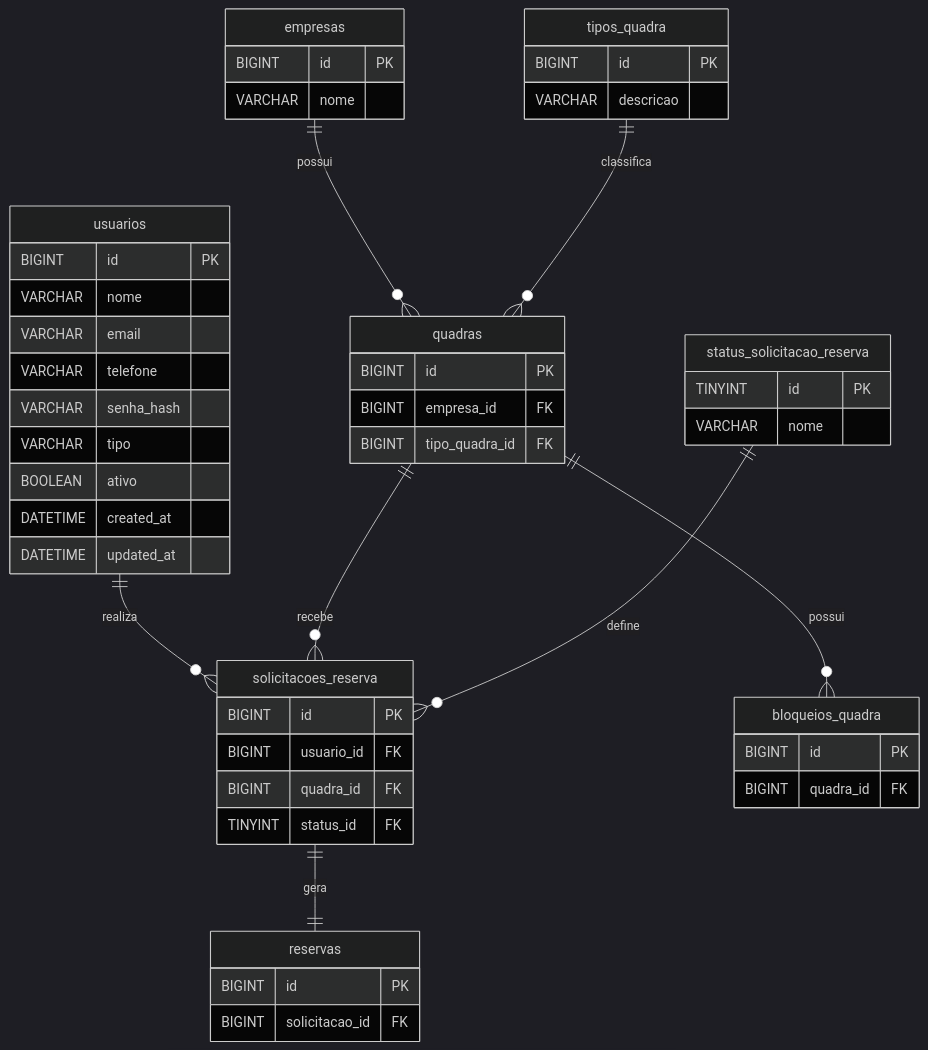
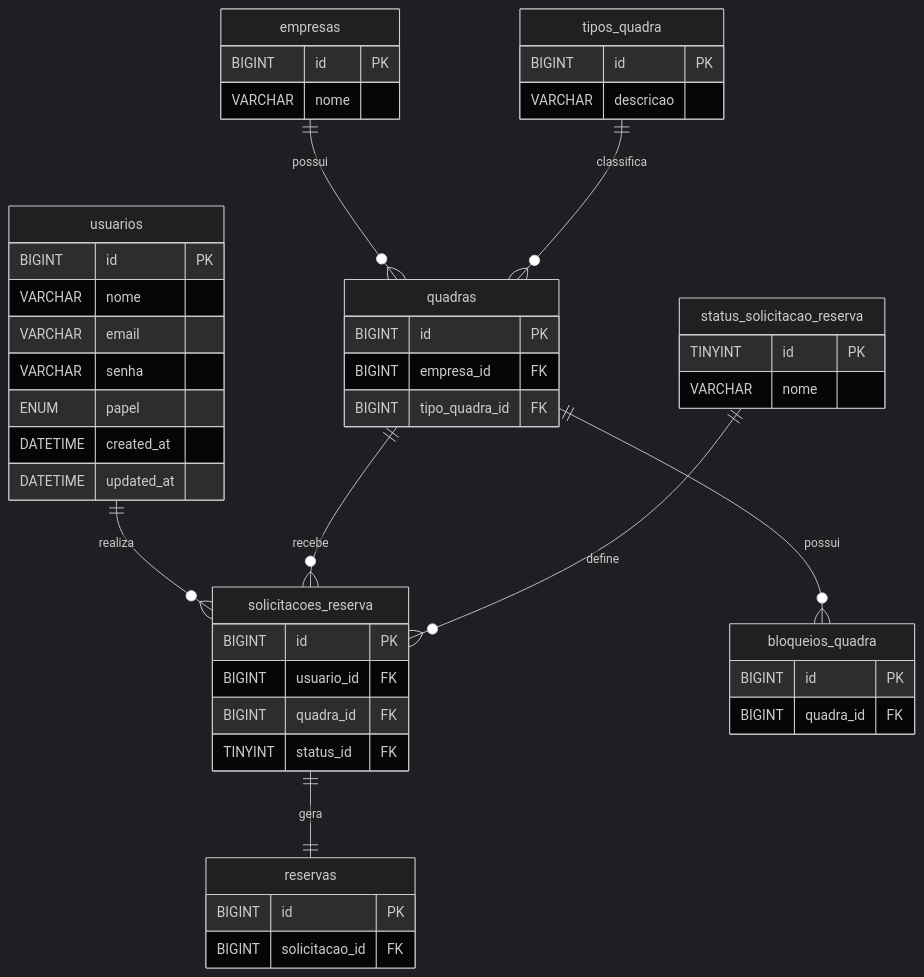
Before and after one commit to cristiano-lauffer/bah_quadras_db: the diagram in README.md, drawn with Mermaid (dark theme). The commit also changed 1 other file, not shown here.

Commit message:
Ajuste em tipagem de dado da tabela de usuários e README.md

````diff
--- a/README.md
+++ b/README.md
@@ -9,60 +9,58 @@
 ```mermaid
 erDiagram
     usuarios ||--o{ solicitacoes_reserva : realiza
     empresas ||--o{ quadras : possui
     tipos_quadra ||--o{ quadras : classifica
     quadras ||--o{ solicitacoes_reserva : recebe
     status_solicitacao_reserva ||--o{ solicitacoes_reserva : define
     solicitacoes_reserva ||--|| reservas : gera
     quadras ||--o{ bloqueios_quadra : possui
 
     usuarios {
         BIGINT id PK
         VARCHAR nome
         VARCHAR email
-        VARCHAR telefone
-        VARCHAR senha_hash
-        VARCHAR tipo
-        BOOLEAN ativo
+        VARCHAR senha
+        ENUM papel
         DATETIME created_at
         DATETIME updated_at
     }
 
     empresas {
         BIGINT id PK
         VARCHAR nome
     }
 
     tipos_quadra {
         BIGINT id PK
         VARCHAR descricao
     }
 
     quadras {
         BIGINT id PK
         BIGINT empresa_id FK
         BIGINT tipo_quadra_id FK
     }
 
     status_solicitacao_reserva {
         TINYINT id PK
         VARCHAR nome
     }
 
     solicitacoes_reserva {
         BIGINT id PK
         BIGINT usuario_id FK
         BIGINT quadra_id FK
         TINYINT status_id FK
     }
 
     reservas {
         BIGINT id PK
         BIGINT solicitacao_id FK
     }
 
     bloqueios_quadra {
         BIGINT id PK
         BIGINT quadra_id FK
     }
 ```
````
